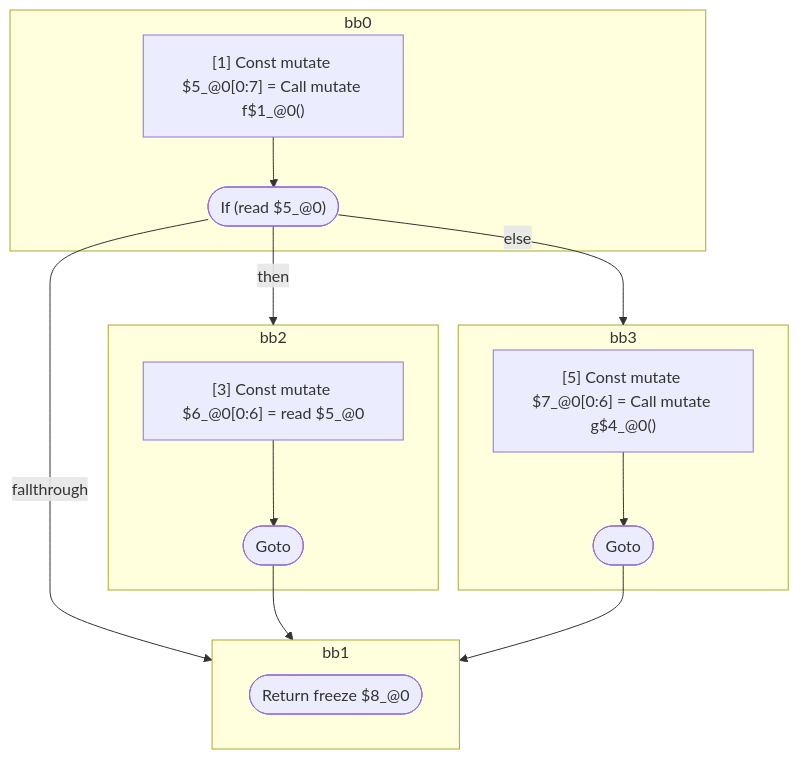
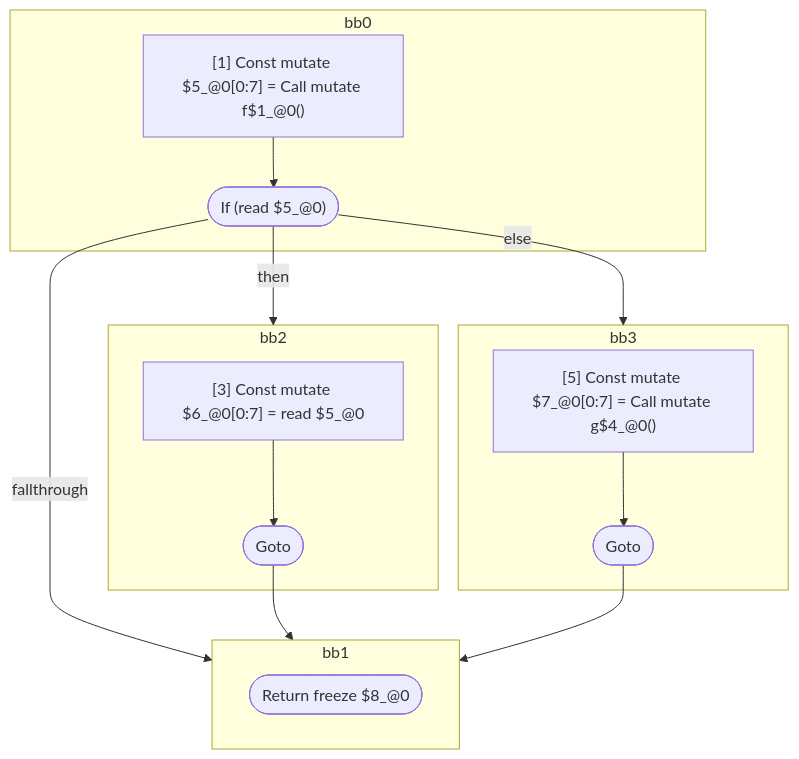
One commit to wutsmog/private changed the second of 5 diagrams in compiler/forget/src/__tests__/fixtures/hir/logical-expression.expect.md. Above: the diagram before and after it, drawn with Mermaid. The commit also changed other lines of this file and 30 other files, not shown here.

First line of the commit message:
Merge scopes that interleave or cross control-flow boundaries together

````diff
--- a/compiler/forget/src/__tests__/fixtures/hir/logical-expression.expect.md
+++ b/compiler/forget/src/__tests__/fixtures/hir/logical-expression.expect.md
@@ -111,33 +111,33 @@
 ```mermaid
 flowchart TB
   %% Basic Blocks
   subgraph bb0
     bb0_instrs["
       [1] Const mutate $5_@0[0:7] = Call mutate f$1_@0()
     "]
     bb0_instrs --> bb0_terminal(["If (read $5_@0)"])
   end
   subgraph bb2
     bb2_instrs["
-      [3] Const mutate $6_@0[0:6] = read $5_@0
+      [3] Const mutate $6_@0[0:7] = read $5_@0
     "]
     bb2_instrs --> bb2_terminal(["Goto"])
   end
   subgraph bb3
     bb3_instrs["
-      [5] Const mutate $7_@0[0:6] = Call mutate g$4_@0()
+      [5] Const mutate $7_@0[0:7] = Call mutate g$4_@0()
     "]
     bb3_instrs --> bb3_terminal(["Goto"])
   end
   subgraph bb1
     bb1_terminal(["Return freeze $8_@0"])
   end
 
   %% Jumps
   bb0_terminal -- "then" --> bb2
   bb0_terminal -- "else" --> bb3
   bb0_terminal -- "fallthrough" --> bb1
   bb2_terminal --> bb1
   bb3_terminal --> bb1
 
 ```
````
